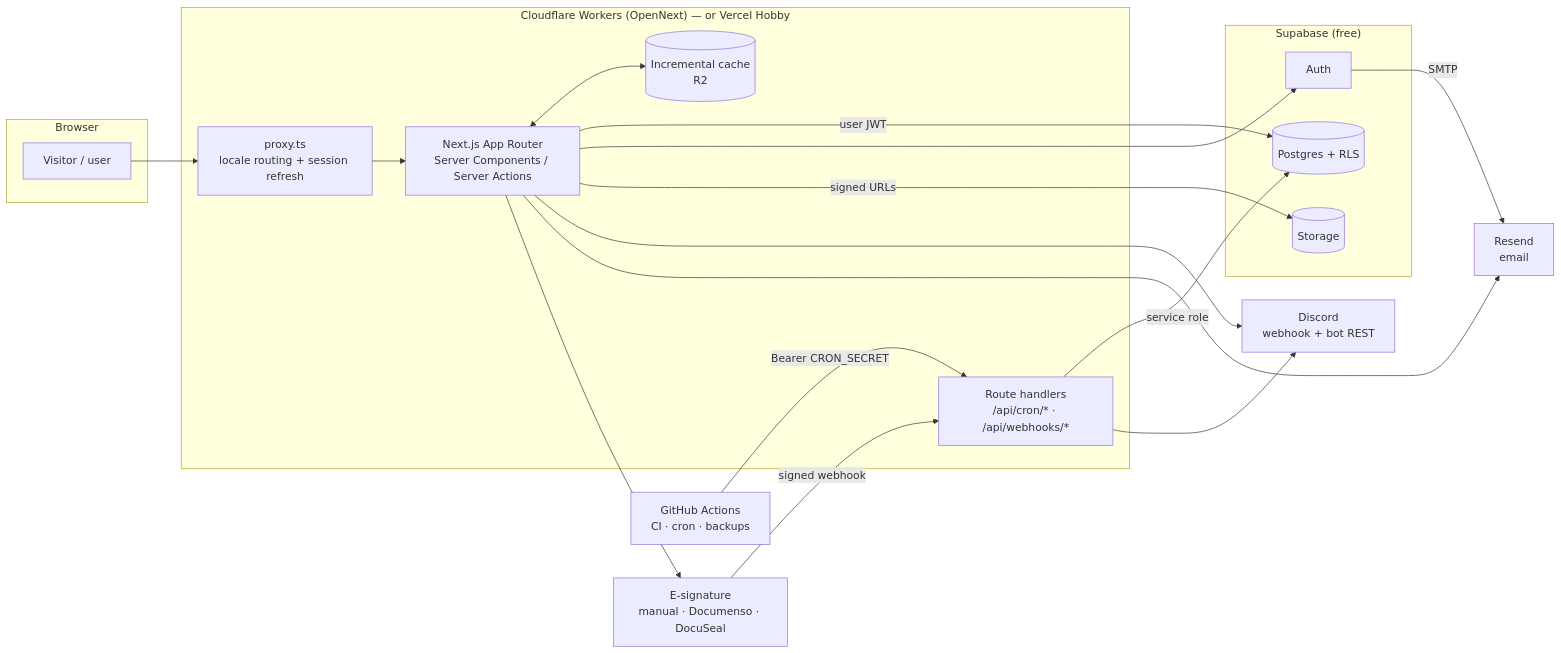
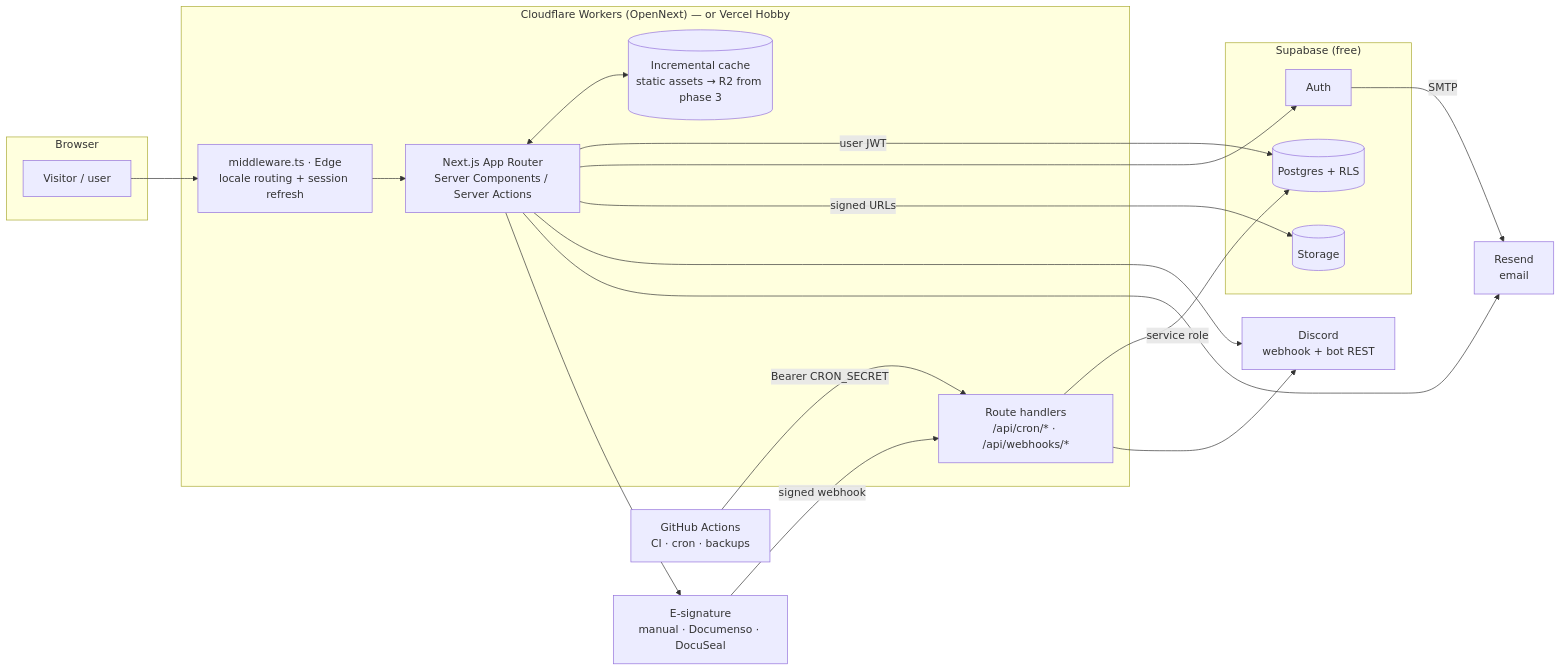
Before and after one commit to AzizLAKHDHAR/ACF-Website: the first of 4 diagrams in docs/architecture.md, drawn with Mermaid. The commit also changed other lines of this file and 222 other files, not shown here.

````diff
--- a/docs/architecture.md
+++ b/docs/architecture.md
@@ -9,35 +9,35 @@
 ```mermaid
 flowchart LR
   subgraph Browser
     U[Visitor / user]
   end
   subgraph Edge["Cloudflare Workers (OpenNext) — or Vercel Hobby"]
-    P[proxy.ts<br/>locale routing + session refresh]
+    P[middleware.ts · Edge<br/>locale routing + session refresh]
     RSC[Next.js App Router<br/>Server Components / Server Actions]
     API[Route handlers<br/>/api/cron/* · /api/webhooks/*]
-    C[(Incremental cache<br/>R2)]
+    C[(Incremental cache<br/>static assets → R2 from phase 3)]
   end
   subgraph Supabase["Supabase (free)"]
     A[Auth]
     DB[(Postgres + RLS)]
     S[(Storage)]
   end
   GH[GitHub Actions<br/>CI · cron · backups]
   R[Resend<br/>email]
   D[Discord<br/>webhook + bot REST]
   E[E-signature<br/>manual · Documenso · DocuSeal]
 
   U --> P --> RSC
   RSC <--> C
   RSC -- user JWT --> DB
   RSC --> A
   RSC -- signed URLs --> S
   GH -- Bearer CRON_SECRET --> API
   API -- service role --> DB
   API --> D
   RSC --> D
   RSC --> R
   A -- SMTP --> R
   RSC --> E
   E -- signed webhook --> API
 ```
````
